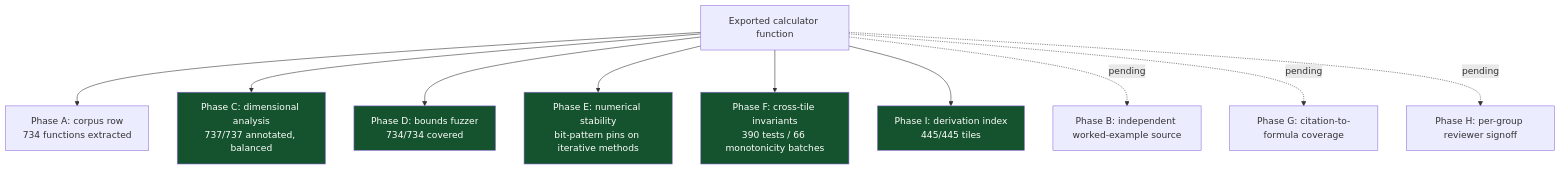
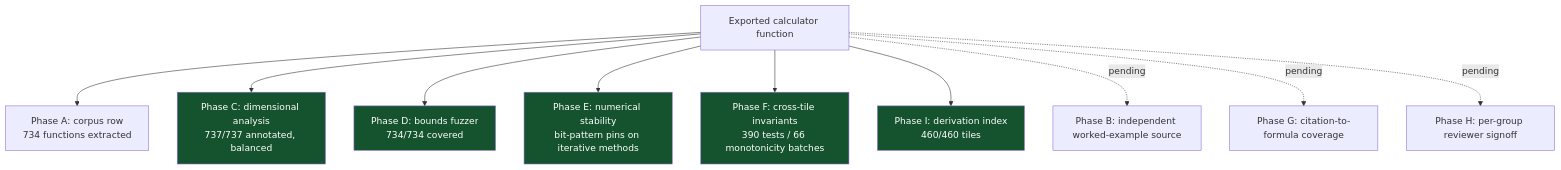
The fourth of 6 diagrams in README.md (clay-good/roughlogic.com), drawn with Mermaid before and after one commit. The commit also changed other lines of this file and 28 other files, not shown here.

````diff
--- a/README.md
+++ b/README.md
@@ -220,17 +220,17 @@
 ```mermaid
 flowchart TB
     F[Exported calculator function] --> A[Phase A: corpus row\n734 functions extracted]
     F --> C[Phase C: dimensional analysis\n737/737 annotated, balanced]
     F --> D[Phase D: bounds fuzzer\n734/734 covered]
     F --> E[Phase E: numerical stability\nbit-pattern pins on iterative methods]
     F --> Fa[Phase F: cross-tile invariants\n390 tests / 66 monotonicity batches]
-    F --> I[Phase I: derivation index\n445/445 tiles]
+    F --> I[Phase I: derivation index\n460/460 tiles]
     F -.pending.-> B[Phase B: independent worked-example source]
     F -.pending.-> G[Phase G: citation-to-formula coverage]
     F -.pending.-> H[Phase H: per-group reviewer signoff]
     style C fill:#14532d,color:#fff
     style D fill:#14532d,color:#fff
     style E fill:#14532d,color:#fff
     style Fa fill:#14532d,color:#fff
     style I fill:#14532d,color:#fff
 ```
````
